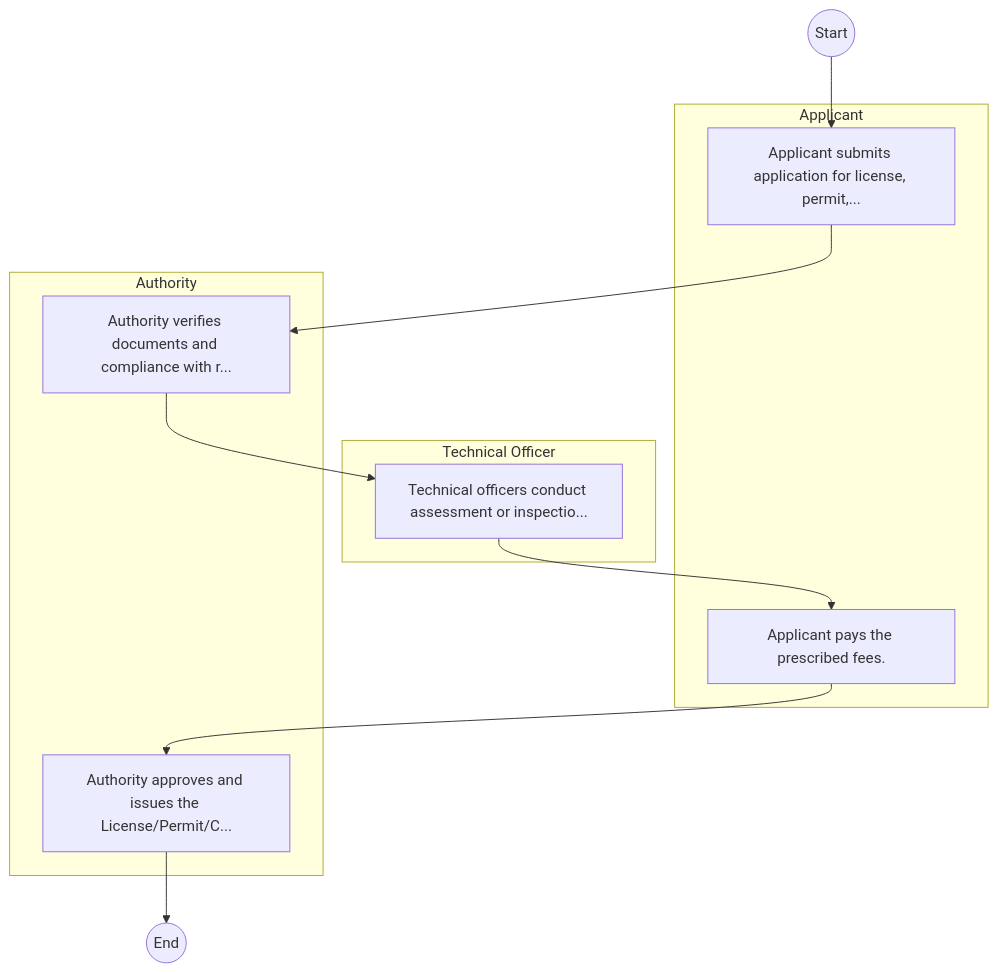
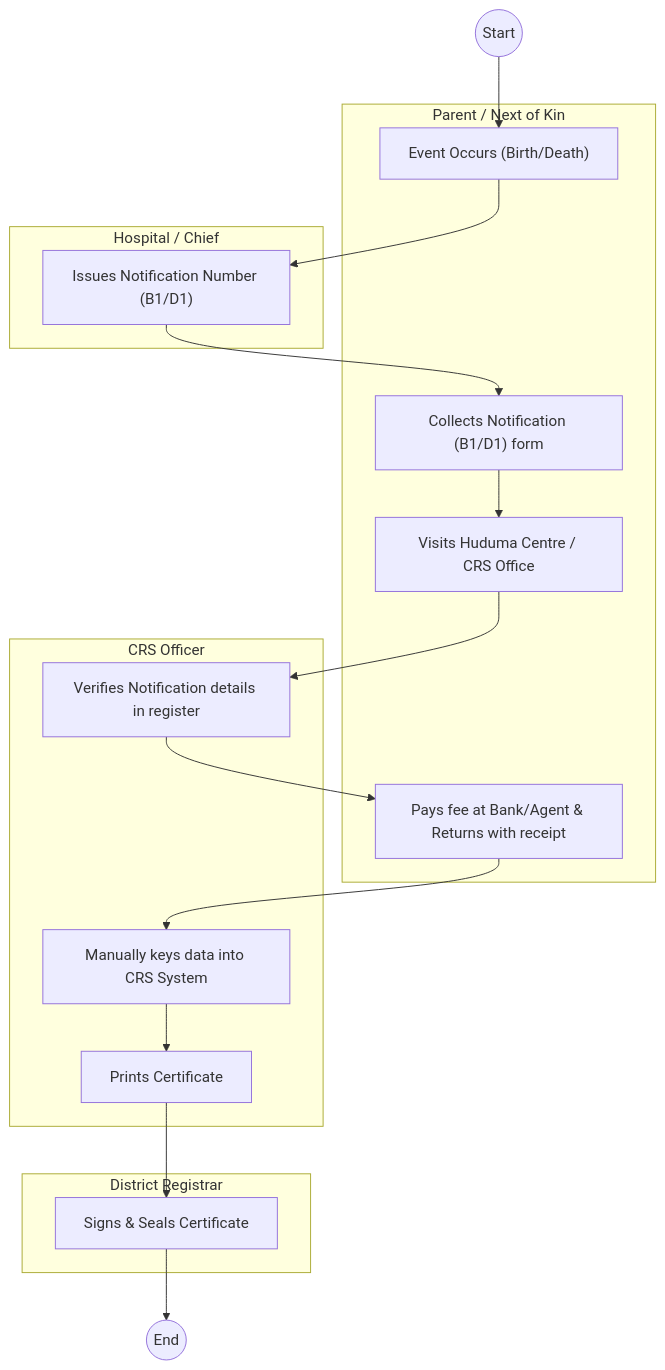
The first of 2 diagrams in mdas/docs_final/_CIVIL_REGISTRATION_SERVICES_CRS____Service_Delivery.md (BITZ-IT-Consulting-LTD/ictapoc), drawn with Mermaid before and after one commit. The commit also changed other lines of this file and 60 other files, not shown here.

````diff
--- a/mdas/docs_final/_CIVIL_REGISTRATION_SERVICES_CRS____Service_Delivery.md
+++ b/mdas/docs_final/_CIVIL_REGISTRATION_SERVICES_CRS____Service_Delivery.md
@@ -20,20 +20,31 @@
 ```mermaid
 graph TD
     Start((Start)) --> S1
-    subgraph Applicant [Applicant]
-        S1["Applicant submits application for license, permit,..."]
-        S4["Applicant pays the prescribed fees."]
+    subgraph Citizen [Parent / Next of Kin]
+        S1["Event Occurs (Birth/Death)"]
+        S3["Collects Notification (B1/D1) form"]
+        S4["Visits Huduma Centre / CRS Office"]
+        S6["Pays fee at Bank/Agent & Returns with receipt"]
     end
-    subgraph Authority [Authority]
-        S2["Authority verifies documents and compliance with r..."]
-        S5["Authority approves and issues the License/Permit/C..."]
+    subgraph HealthFacility [Hospital / Chief]
+        S2["Issues Notification Number (B1/D1)"]
     end
-    subgraph TechnicalOfficer [Technical Officer]
-        S3["Technical officers conduct assessment or inspectio..."]
+    subgraph CRSOfficer [CRS Officer]
+        S5["Verifies Notification details in register"]
+        S7["Manually keys data into CRS System"]
+        S8["Prints Certificate"]
     end
+    subgraph Registrar [District Registrar]
+        S9["Signs & Seals Certificate"]
+    end
+    
     S1 --> S2
     S2 --> S3
     S3 --> S4
     S4 --> S5
-    S5 --> End((End))
+    S5 --> S6
+    S6 --> S7
+    S7 --> S8
+    S8 --> S9
+    S9 --> End((End))
 ```
````
